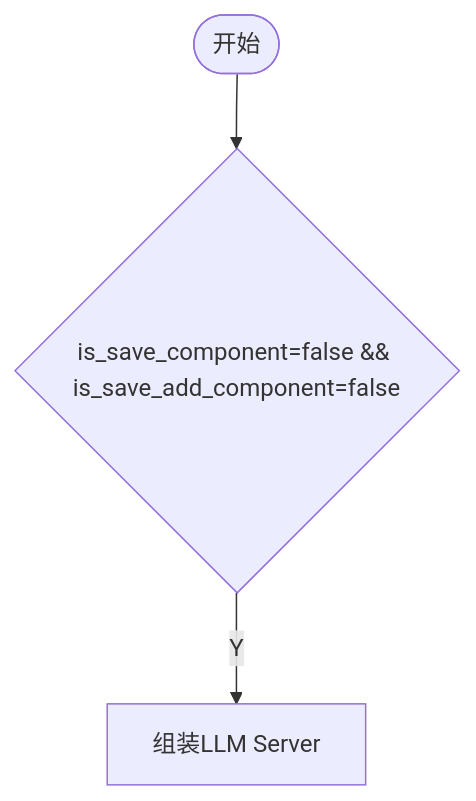
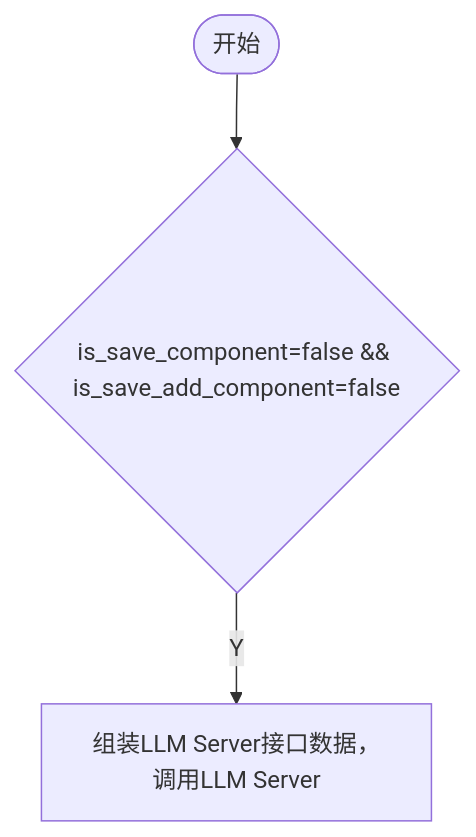
One commit to yingjianzh/iodraw-files changed the diagram in all/未命名-7.md. Above: the diagram before and after it, drawn with Mermaid.

Commit message:
2024-10-12 13:50:03 update

````diff
--- a/all/未命名-7.md
+++ b/all/未命名-7.md
@@ -1,7 +1,7 @@
 ```mermaid
 flowchart TD
     A([开始]) --> B{is_save_component=false && is_save_add_component=false}
-    B -- Y --> C[组装LLM Server]
+    B -- Y --> C[组装LLM Server接口数据，调用LLM Server]
     
 
 ```
````
